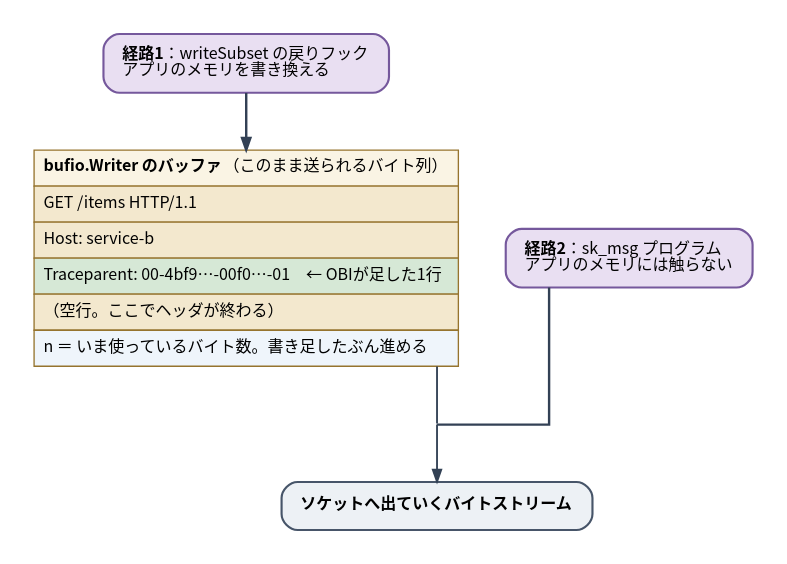
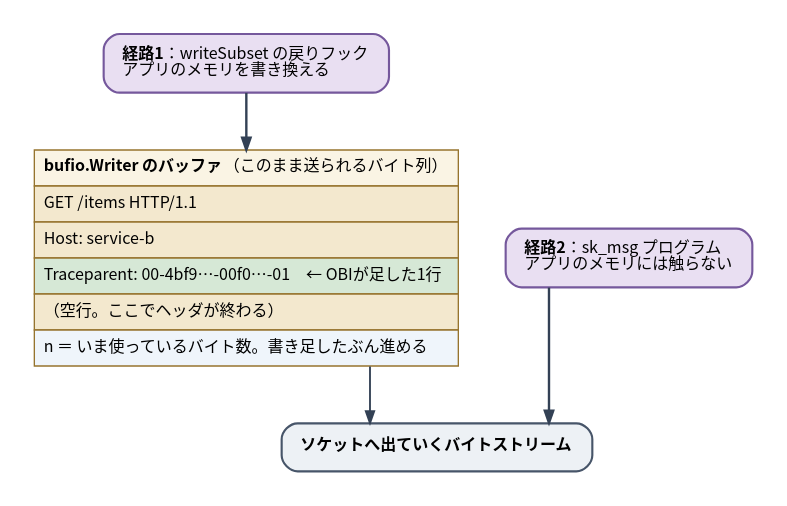
Before and after one commit to ymotongpoo/zenn.dev: the diagram in diagrams/go-ebpf-primer/20260820-http-bytes-injection.dot, drawn with Graphviz. The commit also changed 21 other files, not shown here.

```diff
--- a/diagrams/go-ebpf-primer/20260820-http-bytes-injection.dot
+++ b/diagrams/go-ebpf-primer/20260820-http-bytes-injection.dot
@@ -1,47 +1,44 @@
 // HTTPのバイト列と、traceparent を差し込む2つの位置
 digraph http_bytes_injection {
   graph [
     rankdir=TB, splines=ortho,
     nodesep=0.5, ranksep=0.6, pad=0.25,
     fontname="Harano Aji Gothic,Noto Sans CJK JP,IPAGothic", fontsize=13,
     bgcolor="white"
   ];
   node [
     fontname="Harano Aji Gothic,Noto Sans CJK JP,IPAGothic", fontsize=12,
     shape=box, style="rounded,filled",
     fillcolor="#F1F5F9", color="#475569", penwidth=1.6,
     margin="0.2,0.14"
   ];
   edge [
     fontname="Harano Aji Gothic,Noto Sans CJK JP,IPAGothic", fontsize=11,
     color="#334155", penwidth=1.4, arrowsize=0.9,
     fontcolor="#1E293B"
   ];
 
   p1 [label=<<b>経路1</b>：writeSubset の戻りフック<br align="left"/>アプリのメモリを書き換える<br align="left"/>>,
       fillcolor="#E9DFF2", color="#75589C"];
 
   buf [shape=plain, style="", label=<
     <table border="0" cellborder="1" cellspacing="0" cellpadding="6" color="#96742E">
       <tr><td align="left" bgcolor="#FAF4E4"><b>bufio.Writer のバッファ</b>（このまま送られるバイト列）</td></tr>
       <tr><td align="left" bgcolor="#F3E8CE">GET /items HTTP/1.1</td></tr>
       <tr><td align="left" bgcolor="#F3E8CE">Host: service-b</td></tr>
       <tr><td align="left" bgcolor="#D6E8D6">Traceparent: 00-4bf9…-00f0…-01　← OBIが足した1行</td></tr>
       <tr><td align="left" bgcolor="#F3E8CE">（空行。ここでヘッダが終わる）</td></tr>
       <tr><td align="left" bgcolor="#EFF5FB">n ＝ いま使っているバイト数。書き足したぶん進める</td></tr>
     </table>>];
 
   p2 [label=<<b>経路2</b>：sk_msg プログラム<br align="left"/>アプリのメモリには触らない<br align="left"/>>,
       fillcolor="#E9DFF2", color="#75589C"];
 
-  jn [shape=point, width=0.01, style=invis];
-
   sock [label=<<b>ソケットへ出ていくバイトストリーム</b>>, fillcolor="#EDF1F5"];
 
   { rank=same; buf; p2; }
 
   p1 -> buf [penwidth=1.8];
-  buf -> jn [dir=none];
-  p2 -> jn [dir=none, penwidth=1.8];
-  jn -> sock;
+  buf -> sock;
+  p2 -> sock [penwidth=1.8];
 }
```
